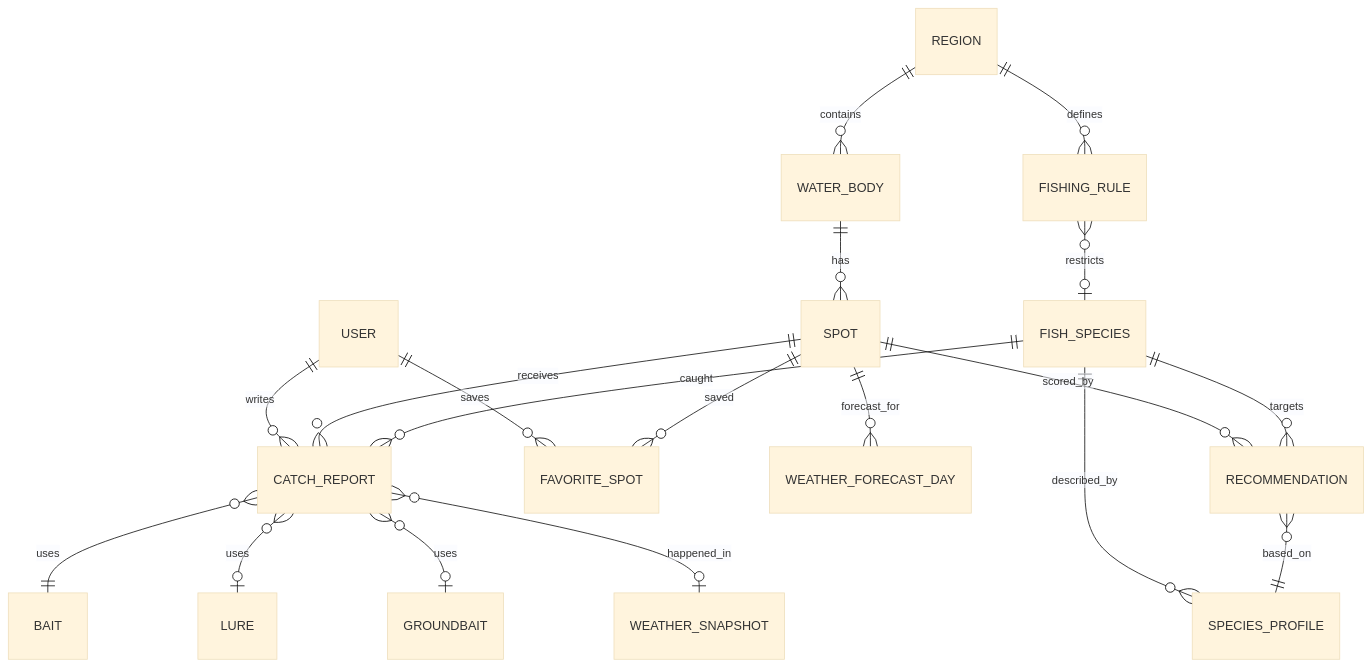
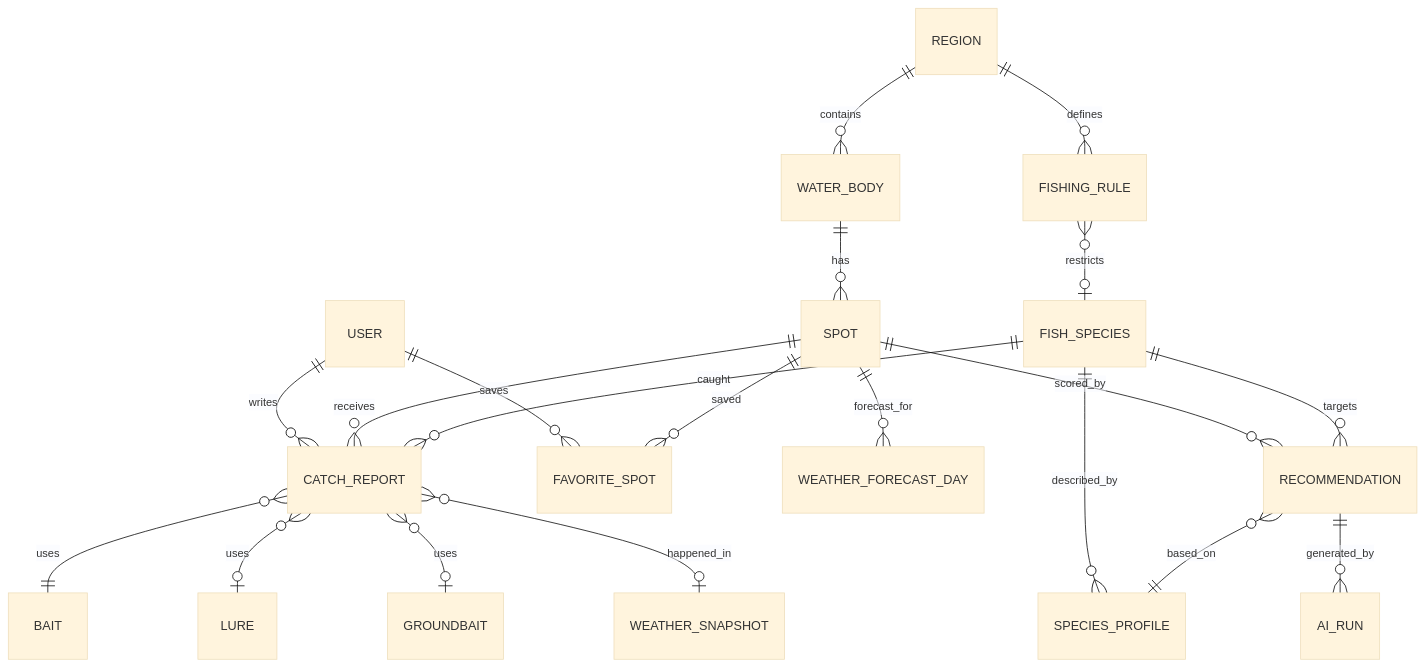
Before and after one commit to Papa-Pedro-13/fishing-calendar: the diagram in docs/05-domain-model.md, drawn with Mermaid (base theme). The commit also changed other lines of this file and 9 other files, not shown here.

````diff
--- a/docs/05-domain-model.md
+++ b/docs/05-domain-model.md
@@ -20,21 +20,22 @@
 ```mermaid
 erDiagram
     REGION ||--o{ WATER_BODY : contains
     REGION ||--o{ FISHING_RULE : defines
     WATER_BODY ||--o{ SPOT : has
     USER ||--o{ CATCH_REPORT : writes
     USER ||--o{ FAVORITE_SPOT : saves
     SPOT ||--o{ CATCH_REPORT : receives
     SPOT ||--o{ FAVORITE_SPOT : saved
     FISH_SPECIES ||--o{ SPECIES_PROFILE : described_by
     FISH_SPECIES ||--o{ CATCH_REPORT : caught
     CATCH_REPORT }o--|| BAIT : uses
     CATCH_REPORT }o--o| LURE : uses
     CATCH_REPORT }o--o| GROUNDBAIT : uses
     CATCH_REPORT }o--o| WEATHER_SNAPSHOT : happened_in
     SPOT ||--o{ WEATHER_FORECAST_DAY : forecast_for
     SPOT ||--o{ RECOMMENDATION : scored_by
     FISH_SPECIES ||--o{ RECOMMENDATION : targets
     RECOMMENDATION }o--|| SPECIES_PROFILE : based_on
+    RECOMMENDATION ||--o{ AI_RUN : generated_by
     FISHING_RULE }o--o| FISH_SPECIES : restricts
 ```
````
